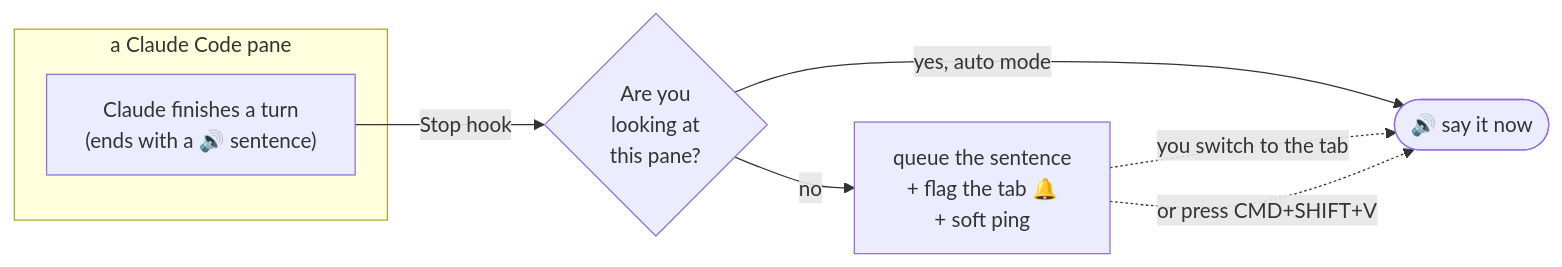
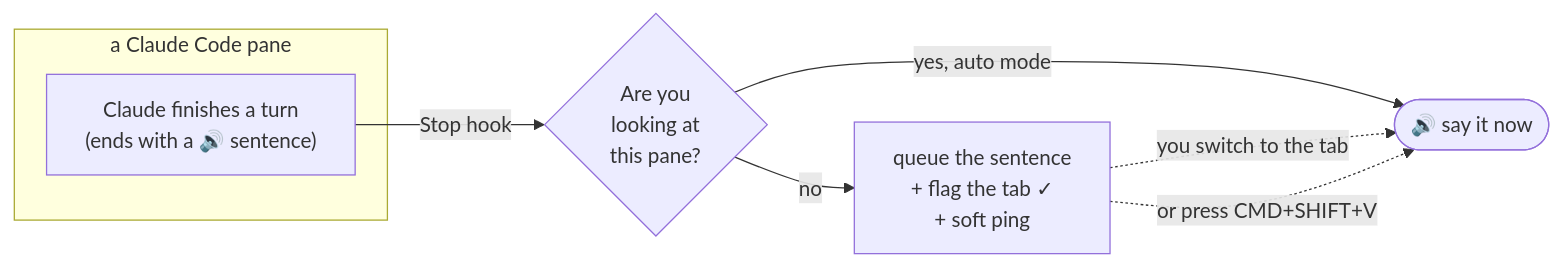
Before and after one commit to Louis-Mascari/aloud: the diagram in README.md, drawn with Mermaid. The commit also changed other lines of this file, not shown here.

````diff
--- a/README.md
+++ b/README.md
@@ -15,11 +15,11 @@
 ```mermaid
 flowchart LR
     subgraph Pane["a Claude Code pane"]
         CC["Claude finishes a turn<br/>(ends with a 🔊 sentence)"]
     end
     CC -->|Stop hook| Q{"Are you<br/>looking at<br/>this pane?"}
     Q -->|yes, auto mode| SAY(["🔊 say it now"])
-    Q -->|no| FLAG["queue the sentence<br/>+ flag the tab 🔔<br/>+ soft ping"]
+    Q -->|no| FLAG["queue the sentence<br/>+ flag the tab ✓<br/>+ soft ping"]
     FLAG -.->|you switch to the tab| SAY
     FLAG -.->|or press CMD+SHIFT+V| SAY
 ```
````
